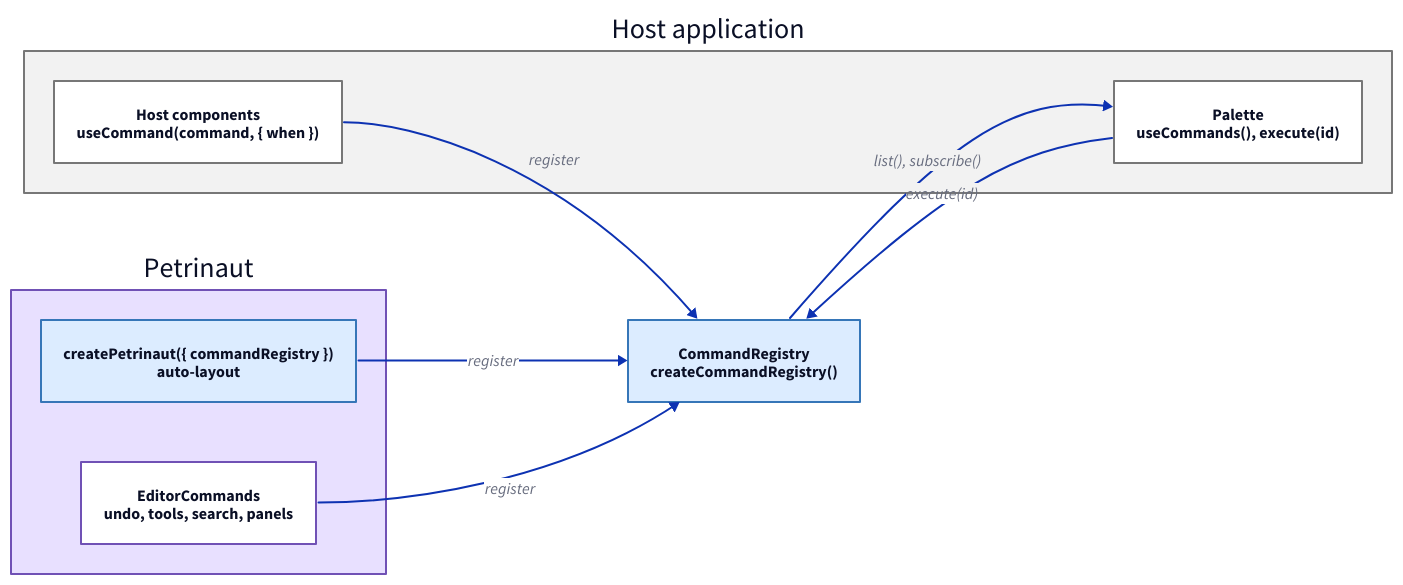
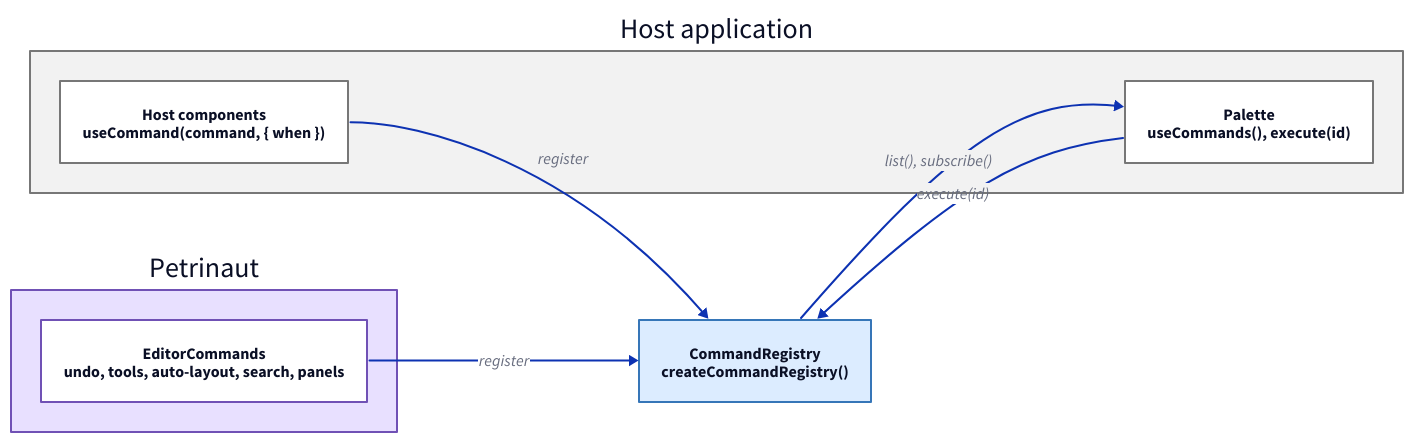
Before and after one commit to hashintel/hash: the diagram in libs/@local/petrinaut-arch-docs/content/diagrams/command-registry-flow.d2, drawn with D2. The commit also changed 12 other files, not shown here.

First line of the commit message:
FE-1560: Register auto-layout from the editor and fix the review findings

```diff
--- a/libs/@local/petrinaut-arch-docs/content/diagrams/command-registry-flow.d2
+++ b/libs/@local/petrinaut-arch-docs/content/diagrams/command-registry-flow.d2
@@ -1,26 +1,24 @@
 # Hand-written; rendered by the arch-docs build. Palette matches the classes in
 # src/emit/d2.ts: core nodes use the `core` class, React bindings the `react`
 # class, and the host application the `other` class.
 direction: right
 
 host: "Host application" {
   style.fill: "#f2f2f2"
   style.stroke: "#777777"
   components: "Host components\nuseCommand(command, { when })" {style.fill: "#ffffff"; style.stroke: "#777777"}
   palette: "Palette\nuseCommands(), execute(id)" {style.fill: "#ffffff"; style.stroke: "#777777"}
 }
 
 registry: "CommandRegistry\ncreateCommandRegistry()" {style.fill: "#dcecff"; style.stroke: "#3676b8"}
 
 petrinaut: "Petrinaut" {
   style.fill: "#e8e0ff"
   style.stroke: "#7051b5"
-  instance: "createPetrinaut({ commandRegistry })\nauto-layout" {style.fill: "#dcecff"; style.stroke: "#3676b8"}
-  editor: "EditorCommands\nundo, tools, search, panels" {style.fill: "#ffffff"; style.stroke: "#7051b5"}
+  editor: "EditorCommands\nundo, tools, auto-layout, search, panels" {style.fill: "#ffffff"; style.stroke: "#7051b5"}
 }
 
 host.components -> registry: register
-petrinaut.instance -> registry: register
 petrinaut.editor -> registry: register
 registry -> host.palette: "list(), subscribe()"
 host.palette -> registry: "execute(id)"
```
